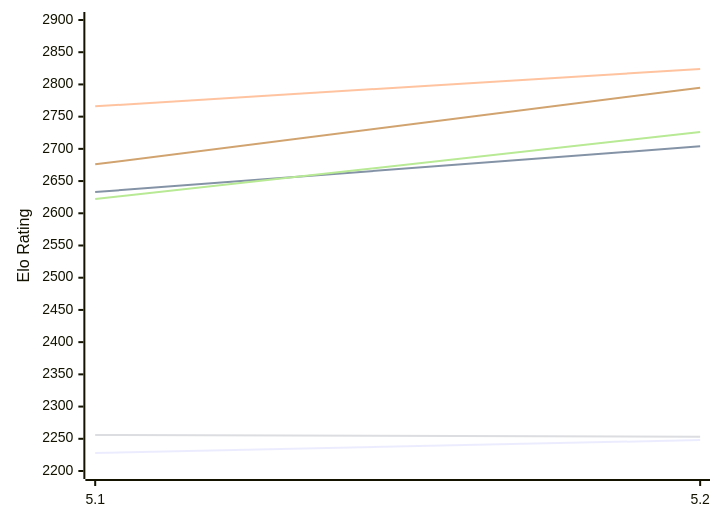
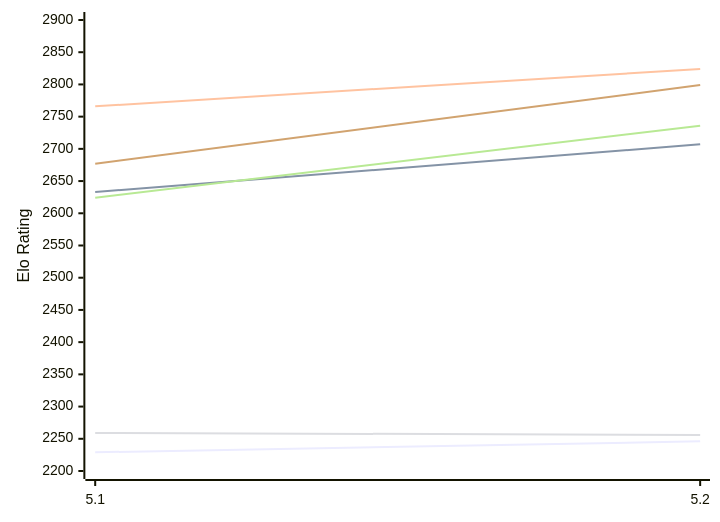
Before and after one commit to computer-chess-index/cci: the first of 2 diagrams in engines/Dorky.md, drawn with Mermaid. The commit also changed other lines of this file, not shown here.

Commit message:
Update CCI Ratings (ELO VLTC) - 2026-11-24

````diff
--- a/engines/Dorky.md
+++ b/engines/Dorky.md
@@ -50,12 +50,12 @@
 ```mermaid
 %%{init: {"theme":"base","themeVariables":{"seriesColors:['#a3a3a3','#222221','#faa371']}}}%%
 xychart-beta
   x-axis ["5.1", "5.2"]
   y-axis "Elo Rating" 2200 --> 2900
-  line "E1: STC (8.0+0.08s)" [2228, 2248]
-  line "E1: LTC (60.0+0.60s)" [2633, 2704]
+  line "E1: STC (8.0+0.08s)" [2229, 2246]
+  line "E1: LTC (60.0+0.60s)" [2633, 2707]
   line "E1: VLTC (2m24s+1.12s)" [2766, 2824]
-  line "P1: STC (8.0+0.08s)" [2256, 2253]
-  line "P1: LTC (60.0+0.60s)" [2622, 2726]
-  line "P1: VLTC (2m24s+1.12s)" [2676, 2795]
+  line "P1: STC (8.0+0.08s)" [2259, 2256]
+  line "P1: LTC (60.0+0.60s)" [2624, 2736]
+  line "P1: VLTC (2m24s+1.12s)" [2677, 2799]
 ```
````
